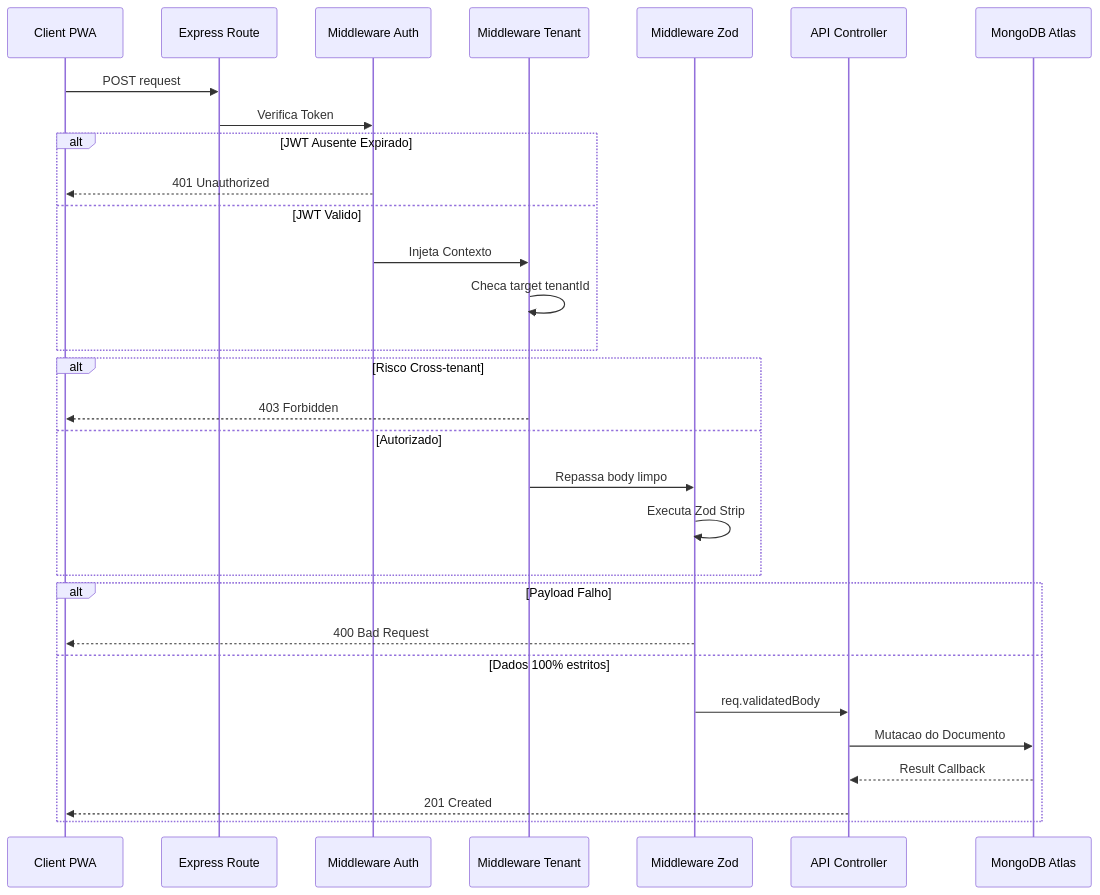
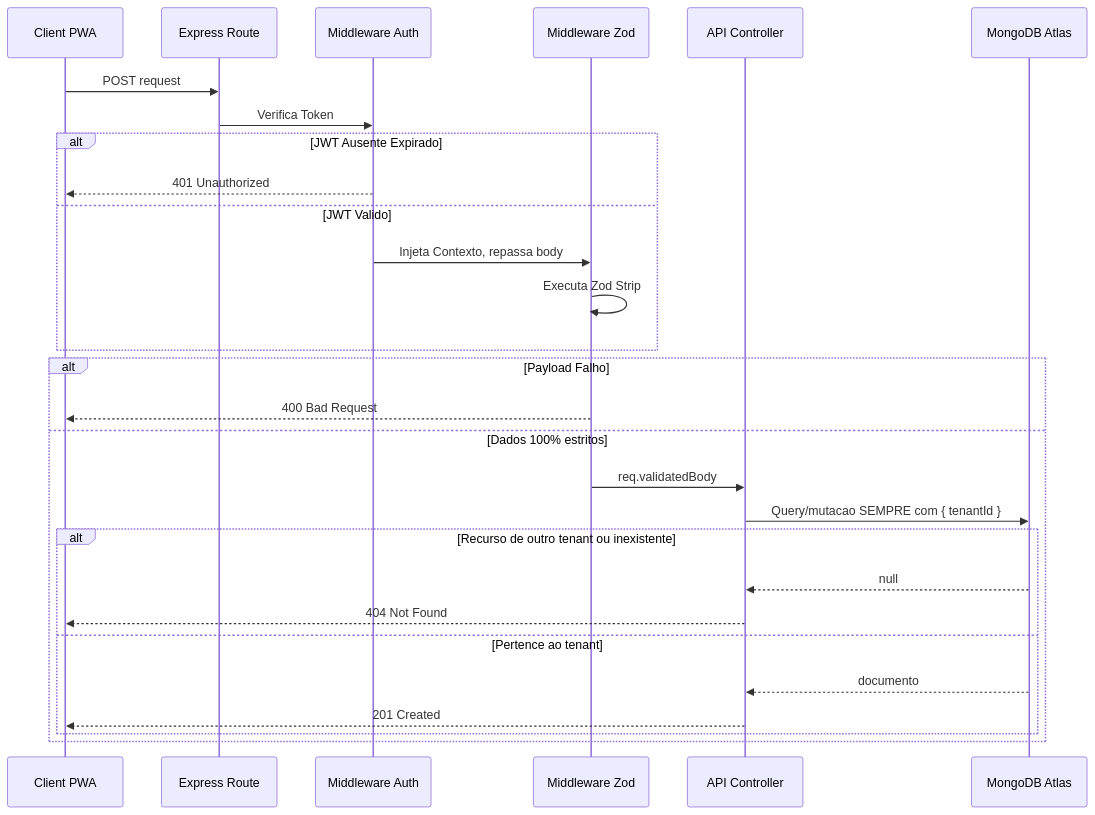
The first of 4 diagrams in docs/Docs Arqueturais/FDD_Sistema_Rotas_API-diagrams.md (andredosreis/laura-saas-agenda), drawn with Mermaid before and after one commit. The commit also changed other lines of this file and 10 other files, not shown here.

````diff
--- a/docs/Docs Arqueturais/FDD_Sistema_Rotas_API-diagrams.md
+++ b/docs/Docs Arqueturais/FDD_Sistema_Rotas_API-diagrams.md
@@ -32,36 +33,33 @@
 ```mermaid
 sequenceDiagram
     participant PWA as Client PWA
     participant Exp as Express Route
     participant Auth as Middleware Auth
-    participant Ten as Middleware Tenant
     participant Zod as Middleware Zod
     participant Ctr as API Controller
     participant DB as MongoDB Atlas
 
     PWA->>Exp: POST request
     Exp->>Auth: Verifica Token
     
     alt JWT Ausente Expirado
         Auth-->>PWA: 401 Unauthorized
     else JWT Valido
-        Auth->>Ten: Injeta Contexto
-        Ten->>Ten: Checa target tenantId
-    end
-    
-    alt Risco Cross-tenant
-        Ten-->>PWA: 403 Forbidden
-    else Autorizado
-        Ten->>Zod: Repassa body limpo
+        Auth->>Zod: Injeta Contexto, repassa body
         Zod->>Zod: Executa Zod Strip
     end
 
     alt Payload Falho
         Zod-->>PWA: 400 Bad Request
     else Dados 100% estritos
         Zod->>Ctr: req.validatedBody
-        Ctr->>DB: Mutacao do Documento
-        DB-->>Ctr: Result Callback
-        Ctr-->>PWA: 201 Created
+        Ctr->>DB: Query/mutacao SEMPRE com { tenantId }
+        alt Recurso de outro tenant ou inexistente
+            DB-->>Ctr: null
+            Ctr-->>PWA: 404 Not Found
+        else Pertence ao tenant
+            DB-->>Ctr: documento
+            Ctr-->>PWA: 201 Created
+        end
     end
 ```
````
